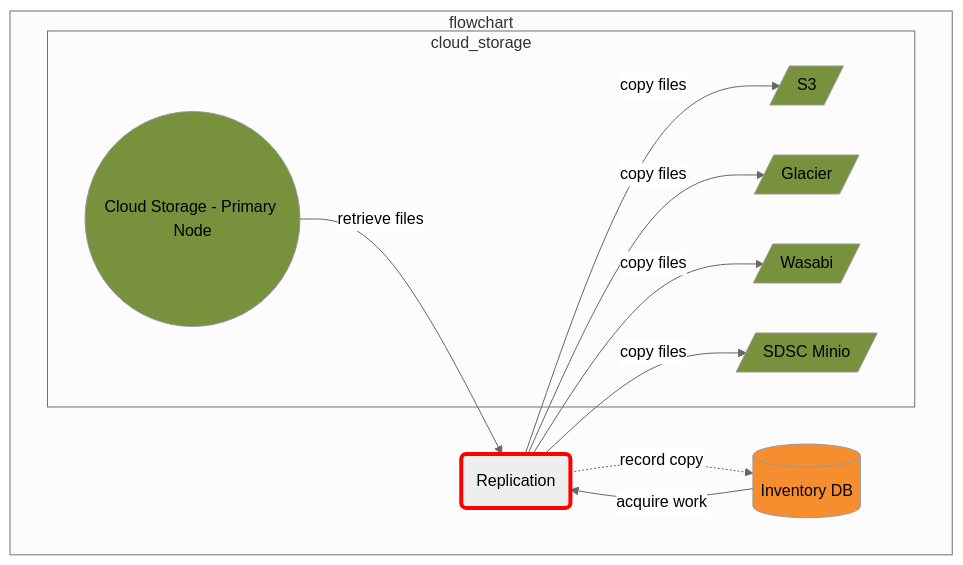
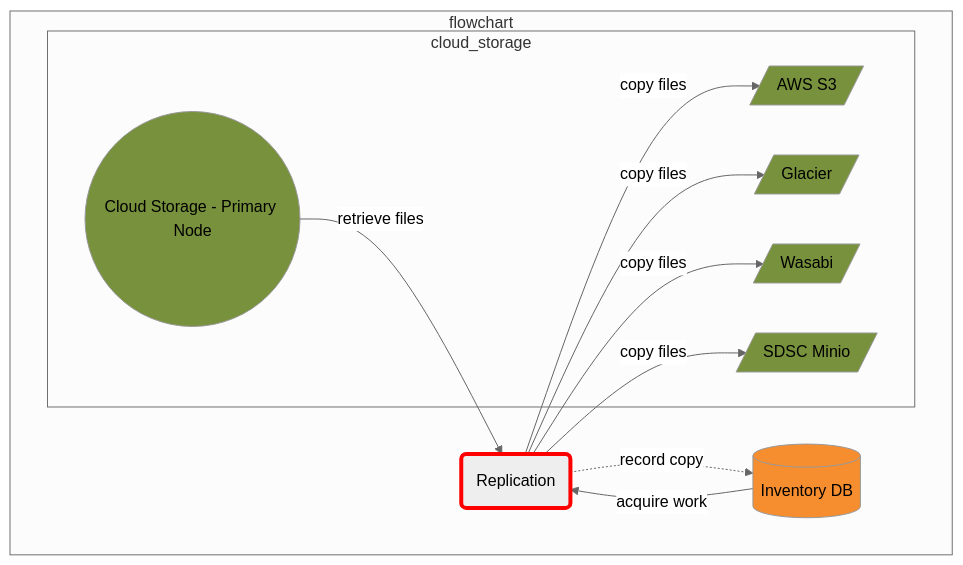
One commit to CDLUC3/mrt-doc changed the diagram in diagrams/replic.mmd. Above: the diagram before and after it, drawn with Mermaid. The commit also changed 11 other files, not shown here.

```diff
--- a/diagrams/replic.mmd
+++ b/diagrams/replic.mmd
@@ -1,30 +1,30 @@
 %%{init: {'theme': 'neutral'}}%%
 graph TD
   RDS[(Inventory DB)]
   REPLIC(Replication)
 
   subgraph flowchart
     subgraph cloud_storage
       CLOUD(("Cloud Storage - Primary Node"))
-      CLDS3[/S3/]
+      CLDS3[/AWS S3/]
       CLDSDSC[/SDSC Minio/]
       CLDWAS[/Wasabi/]
       CLDGLC[/Glacier/]
     end
 
     RDS --> |acquire work| REPLIC
     CLOUD --> |retrieve files| REPLIC
     REPLIC --> |copy files| CLDS3
     REPLIC --> |copy files| CLDGLC
     REPLIC --> |copy files| CLDWAS
     REPLIC --> |copy files| CLDSDSC
     REPLIC -.-> |record copy| RDS
   end
   style CLOUD fill:#77913C
   style CLDS3 fill:#77913C
   style CLDGLC fill:#77913C
   style CLDSDSC fill:#77913C
   style CLDWAS fill:#77913C
   style RDS fill:#F68D2F
 
   style REPLIC stroke:red,stroke-width:4px
```
